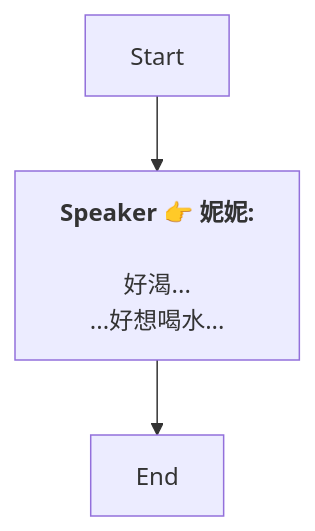
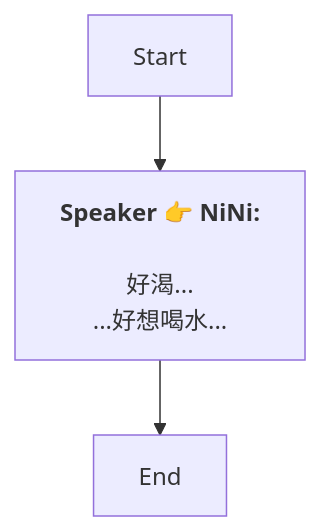
The diagram in Zh/AddDialogNode_1736073415478400.md (SoftHu/tos_avg), drawn with Mermaid before and after one commit. The commit also changed 737 other files, not shown here.

````diff
--- a/Zh/AddDialogNode_1736073415478400.md
+++ b/Zh/AddDialogNode_1736073415478400.md
@@ -1,9 +1,8 @@
 ```mermaid
 graph
-Start -->1738905237015706[<b>Speaker 👉 妮妮:</b>
-
-好渴...
+Start -->1738905237015706[<b>Speaker 👉 NiNi:</b>
+\n好渴...
 ...好想喝水...]
 1738905237015706 -->1738905233534105[End]
 
- ```
+```
````
